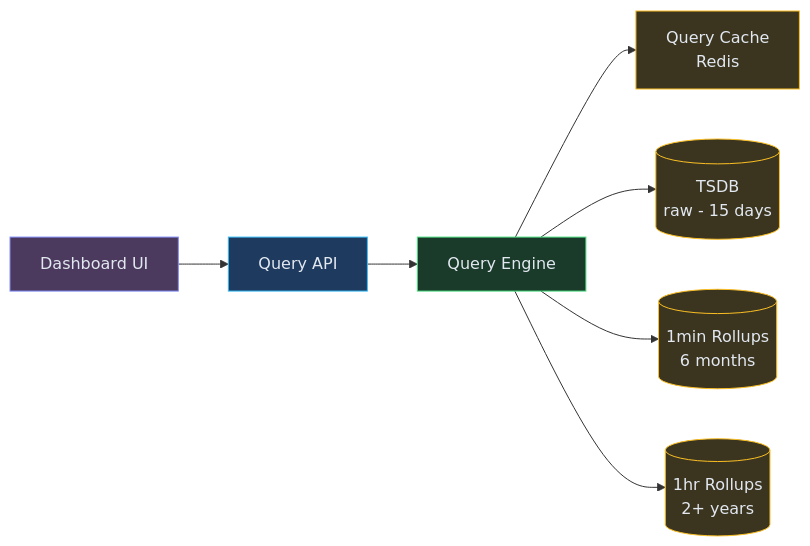
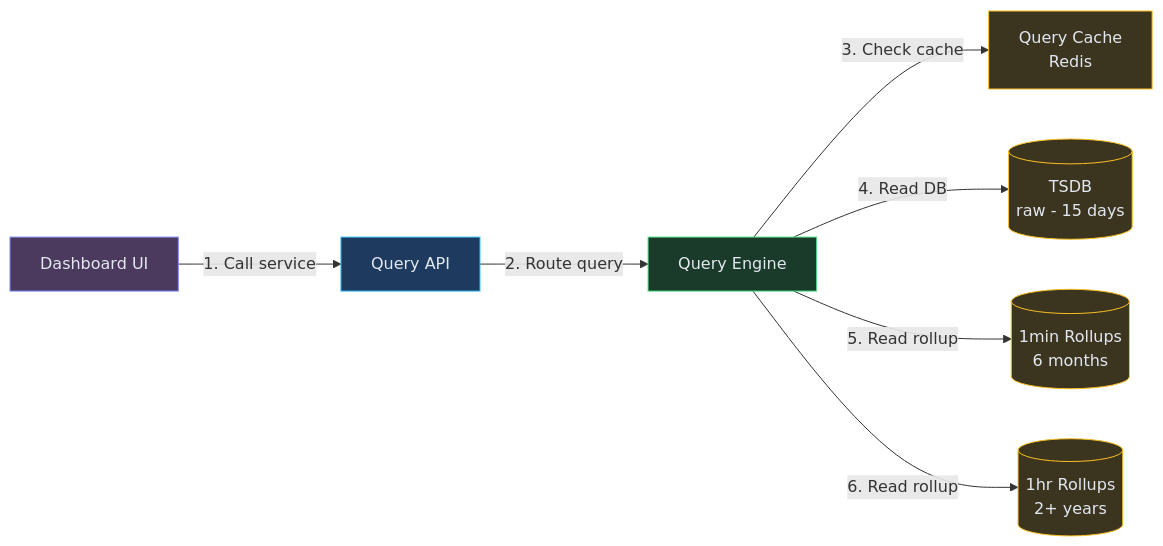
Before and after one commit to iluzn/HLD-Designs: the third of 7 diagrams in content/hld/MetricsMonitoring.md, drawn with Mermaid. The commit also changed other lines of this file and 27 other files, not shown here.

````diff
--- a/content/hld/MetricsMonitoring.md
+++ b/content/hld/MetricsMonitoring.md
@@ -219,22 +219,22 @@
 ```mermaid
 flowchart LR
     DASH["Dashboard UI"]:::client
     QAPI["Query API"]:::edge
     QENG["Query Engine"]:::service
     TSDB[("TSDB<br/>raw - 15 days")]:::data
     ROLLUP1[("1min Rollups<br/>6 months")]:::data
     ROLLUP2[("1hr Rollups<br/>2+ years")]:::data
     CACHE["Query Cache<br/>Redis"]:::data
 
-    DASH --> QAPI
-    QAPI --> QENG
-    QENG --> CACHE
-    QENG --> TSDB
-    QENG --> ROLLUP1
-    QENG --> ROLLUP2
+    DASH -->|"1. Call service"| QAPI
+    QAPI -->|"2. Route query"| QENG
+    QENG -->|"3. Check cache"| CACHE
+    QENG -->|"4. Read DB"| TSDB
+    QENG -->|"5. Read rollup"| ROLLUP1
+    QENG -->|"6. Read rollup"| ROLLUP2
 
     classDef client fill:#4c3a5e,stroke:#818cf8,color:#e2e8f0
     classDef edge fill:#1e3a5f,stroke:#38bdf8,color:#e2e8f0
     classDef service fill:#1a3a2a,stroke:#4ade80,color:#e2e8f0
     classDef data fill:#3b3520,stroke:#fbbf24,color:#e2e8f0
 ```
````
